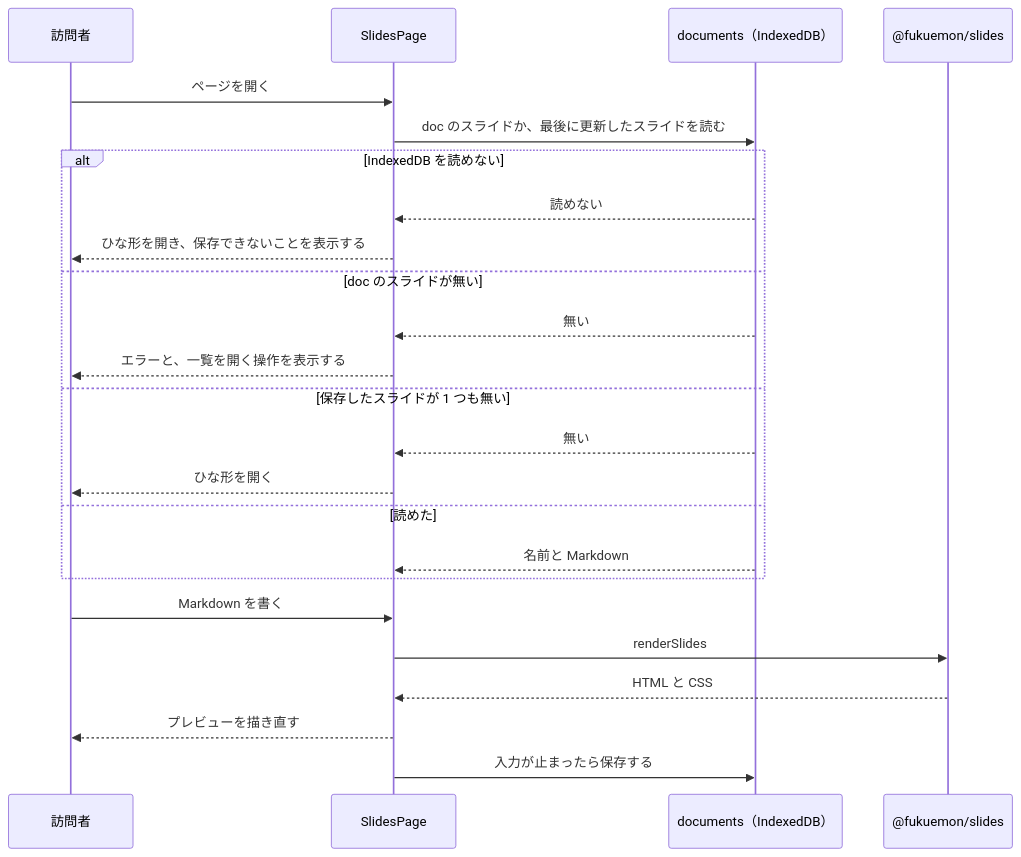
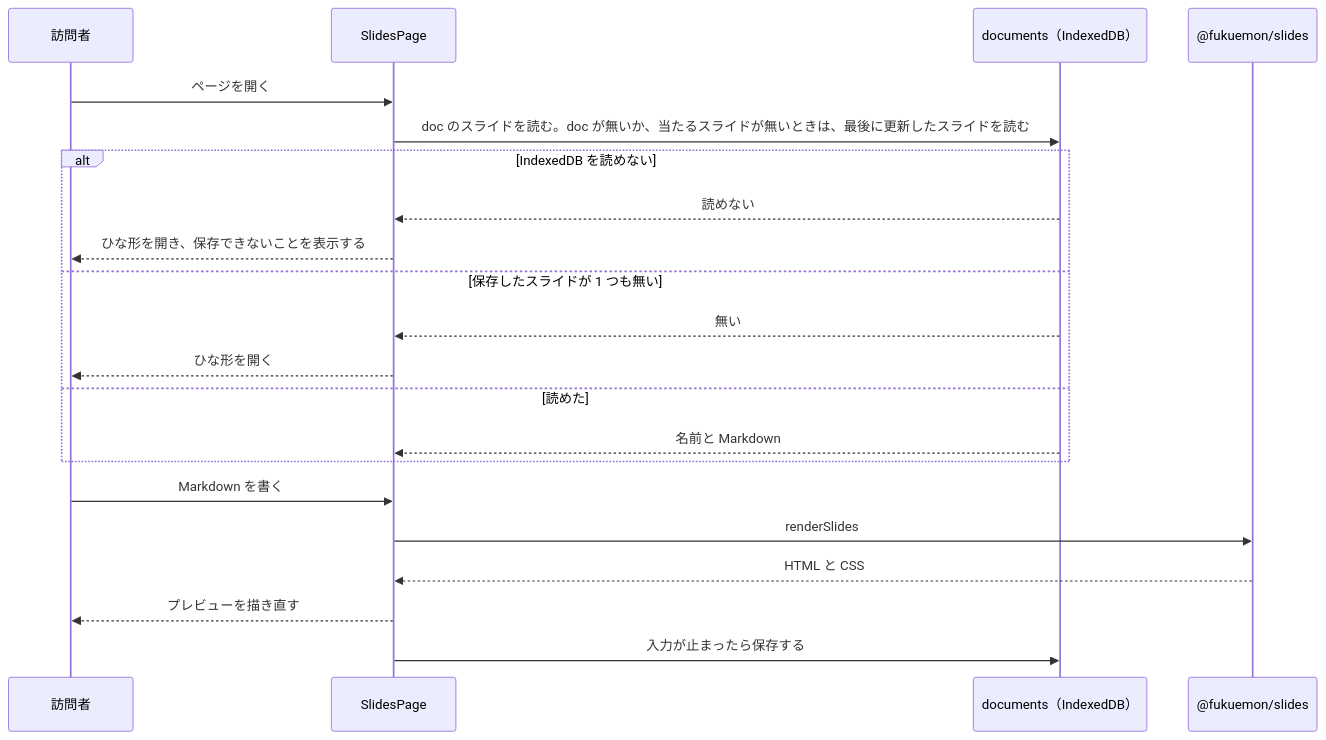
Before and after one commit to Fukuemon/fukuemon.dev: the third of 4 diagrams in design/features/slides/DesignDoc.md, drawn with Mermaid.

Commit message:
docs(design): 保存の流れの図を、doc に当たるスライドが無いときの動きに合わせる #114

````diff
--- a/design/features/slides/DesignDoc.md
+++ b/design/features/slides/DesignDoc.md
@@ -250,27 +250,24 @@
 ```mermaid
 sequenceDiagram
   participant V as 訪問者
   participant P as SlidesPage
   participant D as documents（IndexedDB）
   participant S as @fukuemon/slides
 
   V->>P: ページを開く
-  P->>D: doc のスライドか、最後に更新したスライドを読む
+  P->>D: doc のスライドを読む。doc が無いか、当たるスライドが無いときは、最後に更新したスライドを読む
   alt IndexedDB を読めない
     D-->>P: 読めない
     P-->>V: ひな形を開き、保存できないことを表示する
-  else doc のスライドが無い
-    D-->>P: 無い
-    P-->>V: エラーと、一覧を開く操作を表示する
   else 保存したスライドが 1 つも無い
     D-->>P: 無い
     P-->>V: ひな形を開く
   else 読めた
     D-->>P: 名前と Markdown
   end
   V->>P: Markdown を書く
   P->>S: renderSlides
   S-->>P: HTML と CSS
   P-->>V: プレビューを描き直す
   P->>D: 入力が止まったら保存する
 ```
````
